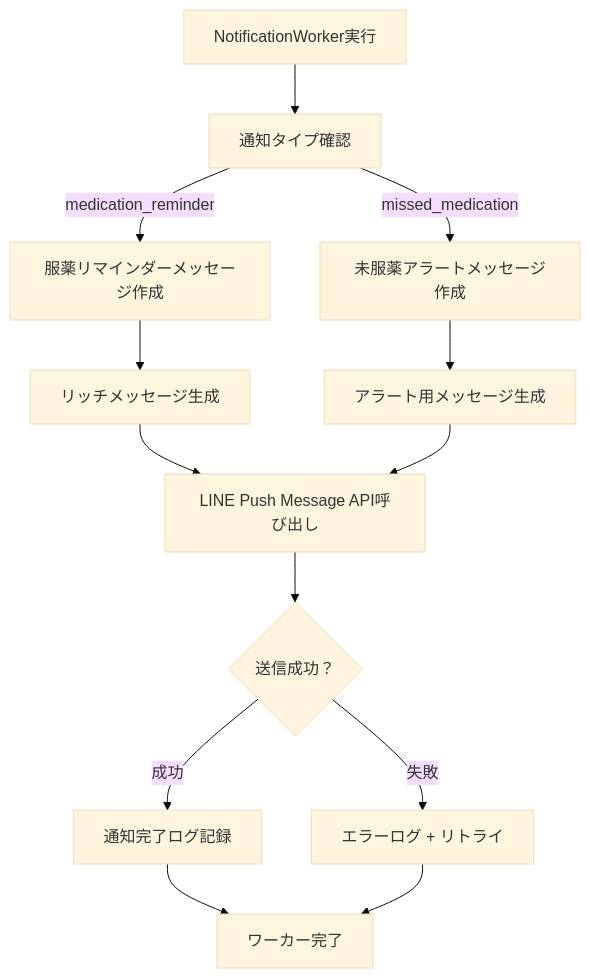
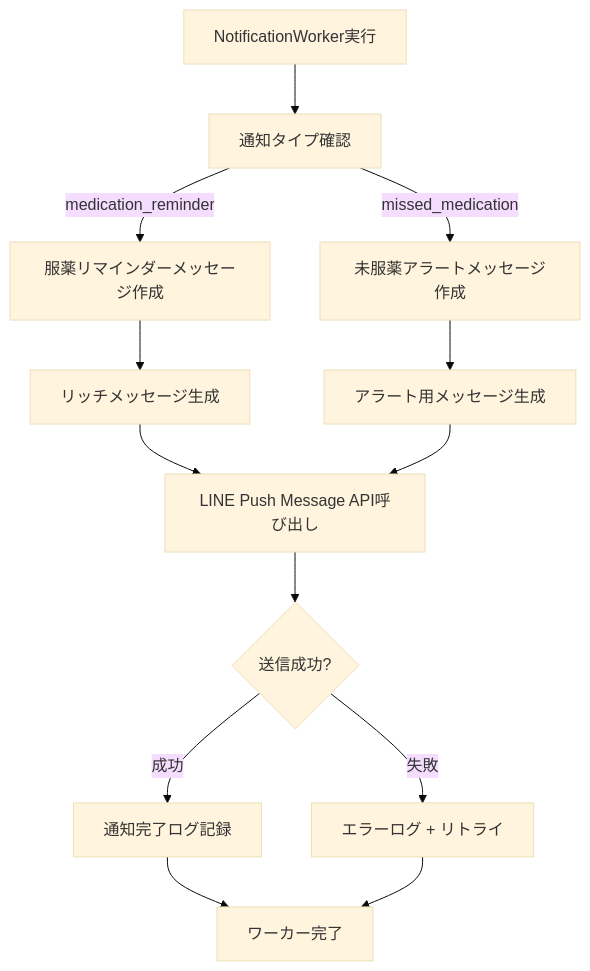
One commit to UtakataKyosui/RecommendMedicineServer changed the eighth of 42 diagrams in features-flow.md. Above: the diagram before and after it, drawn with Mermaid (base theme). The commit also changed other lines of this file, not shown here.

First line of the commit message:
docs: Update features-flow.md

````diff
--- a/features-flow.md
+++ b/features-flow.md
@@ -156,15 +156,15 @@
 ```mermaid
 graph TD
     A[NotificationWorker実行] --> B[通知タイプ確認]
     B -->|medication_reminder| C[服薬リマインダーメッセージ作成]
     B -->|missed_medication| D[未服薬アラートメッセージ作成]
     C --> E[リッチメッセージ生成]
     D --> F[アラート用メッセージ生成]
     E --> G[LINE Push Message API呼び出し]
     F --> G
-    G --> H{送信成功？}
+    G --> H{送信成功?}
     H -->|成功| I[通知完了ログ記録]
     H -->|失敗| J[エラーログ + リトライ]
     I --> K[ワーカー完了]
     J --> K
 ```
````
